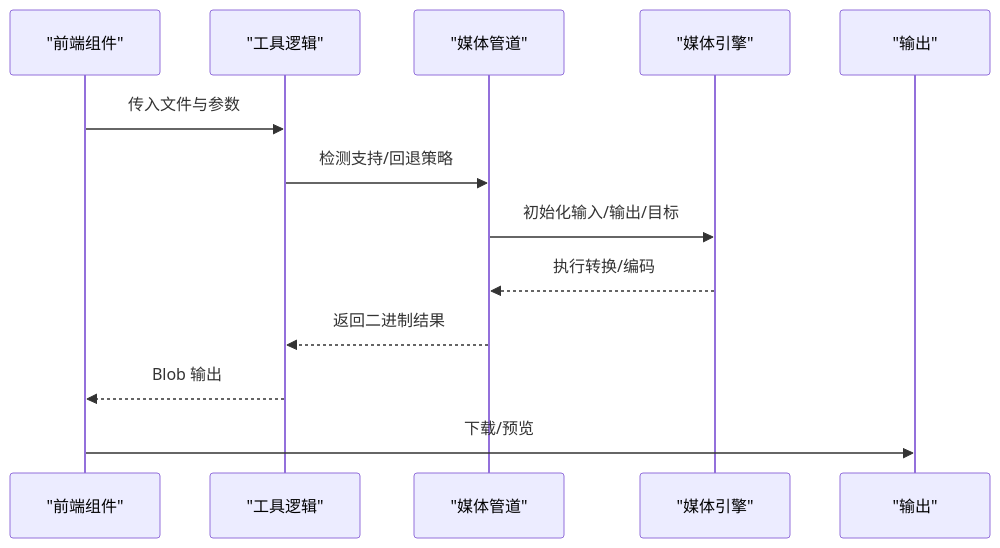
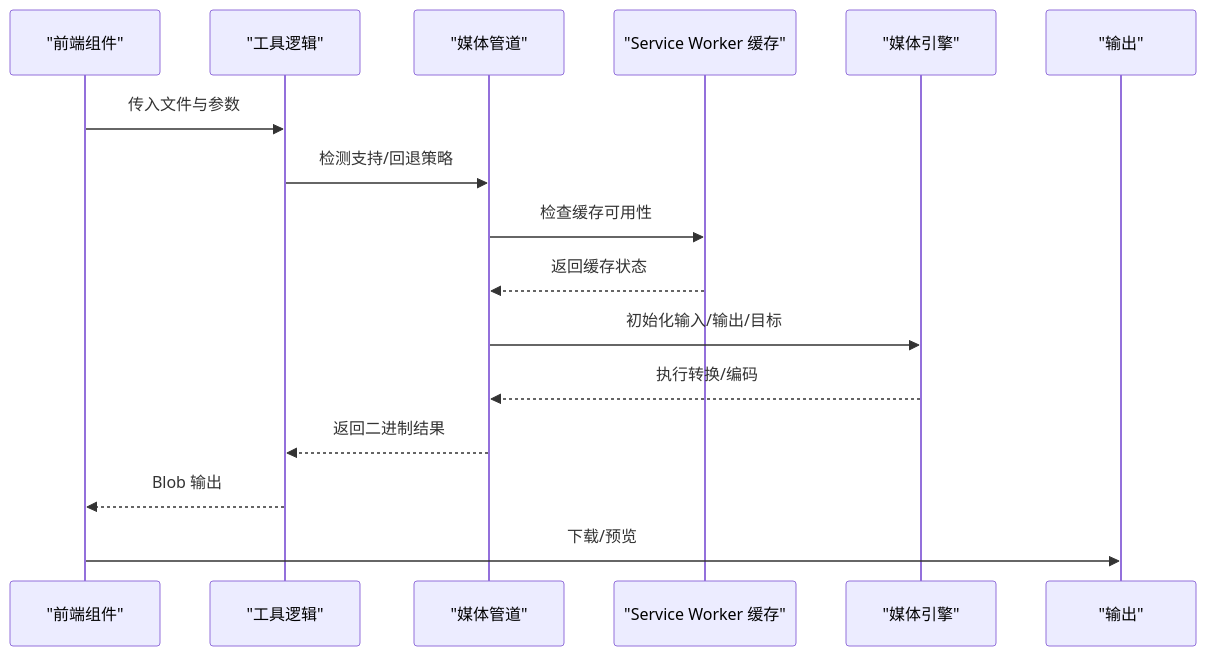
Before and after one commit to sgyy/privadeck: the second of 10 diagrams in .qoder/repowiki/zh/content/技术架构/媒体处理管道.md, drawn with Mermaid. The commit also changed other lines of this file and 3 other files, not shown here.

````diff
--- a/.qoder/repowiki/zh/content/技术架构/媒体处理管道.md
+++ b/.qoder/repowiki/zh/content/技术架构/媒体处理管道.md
@@ -102,15 +123,18 @@
 ```mermaid
 sequenceDiagram
 participant UI as "前端组件"
 participant LOGIC as "工具逻辑"
 participant PIPE as "媒体管道"
+participant CACHE as "Service Worker 缓存"
 participant ENG as "媒体引擎"
 participant OUT as "输出"
 UI->>LOGIC : 传入文件与参数
 LOGIC->>PIPE : 检测支持/回退策略
+PIPE->>CACHE : 检查缓存可用性
+CACHE-->>PIPE : 返回缓存状态
 PIPE->>ENG : 初始化输入/输出/目标
 ENG-->>PIPE : 执行转换/编码
 PIPE-->>LOGIC : 返回二进制结果
 LOGIC-->>UI : Blob 输出
 UI->>OUT : 下载/预览
 ```
````
